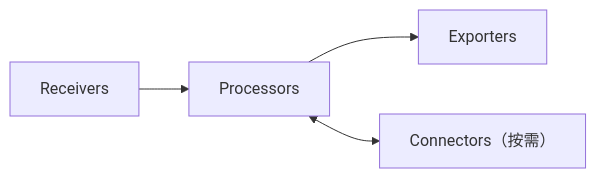
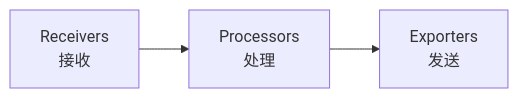
Before and after one commit to XiaoWeiKIN/Observability-Fieldnotes: the fourth of 6 diagrams in docs/comparisons/datadog-agent-vs-otel-collector-daemonset.md, drawn with Mermaid. The commit also changed other lines of this file, not shown here.

````diff
--- a/docs/comparisons/datadog-agent-vs-otel-collector-daemonset.md
+++ b/docs/comparisons/datadog-agent-vs-otel-collector-daemonset.md
@@ -122,6 +93,5 @@
-```mermaid
+~~~mermaid
 flowchart LR
-    R["Receivers"] --> P["Processors"]
-    P --> E["Exporters"]
-    P <--> C["Connectors（按需）"]
-```
+    R["Receivers<br/>接收"] --> P["Processors<br/>处理"]
+    P --> E["Exporters<br/>发送"]
+~~~
````
